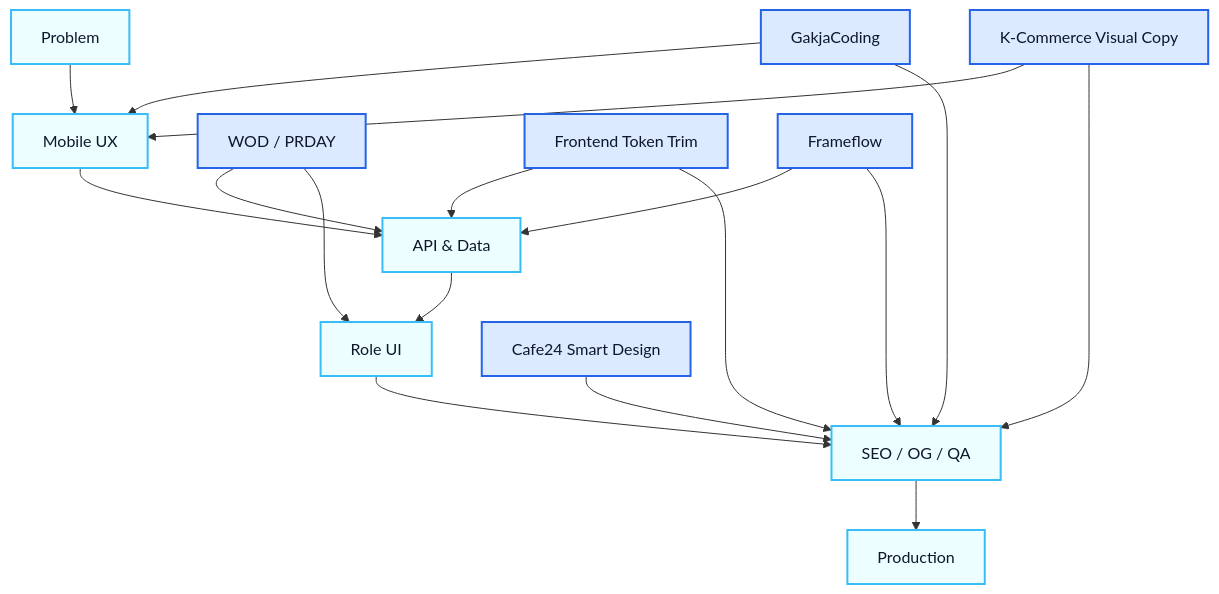
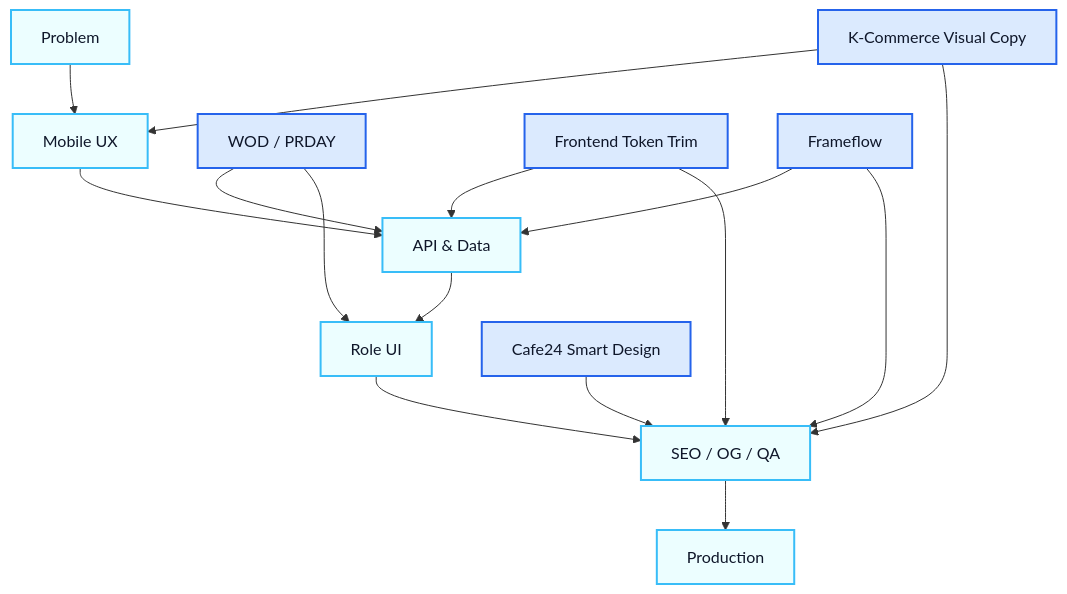
One commit to kimyoungwopo/kimyoungwopo changed the diagram in README.md. Above: the diagram before and after it, drawn with Mermaid. The commit also changed other lines of this file, not shown here.

Commit message:
docs: remove retired GakjaCoding project from profile

````diff
--- a/README.md
+++ b/README.md
@@ -147,25 +138,23 @@
 ```mermaid
 flowchart TD
   A[Problem] --> B[Mobile UX]
   B --> C[API & Data]
   C --> D[Role UI]
   D --> E[SEO / OG / QA]
   E --> F[Production]
 
-  G[GakjaCoding] --> B
-  G --> E
   W[WOD / PRDAY] --> C
   W --> D
   CAFE[Cafe24 Smart Design] --> E
   TOKEN[Frontend Token Trim] --> C
   TOKEN --> E
   COMMERCE[K-Commerce Visual Copy] --> B
   COMMERCE --> E
   FRAME[Frameflow] --> C
   FRAME --> E
 
   classDef product fill:#DBEAFE,stroke:#2563EB,color:#0F172A,stroke-width:2px;
   classDef system fill:#ECFEFF,stroke:#38BDF8,color:#0F172A,stroke-width:2px;
-  class G,W,CAFE,TOKEN,COMMERCE,FRAME product;
+  class W,CAFE,TOKEN,COMMERCE,FRAME product;
   class A,B,C,D,E,F system;
 ```
````
